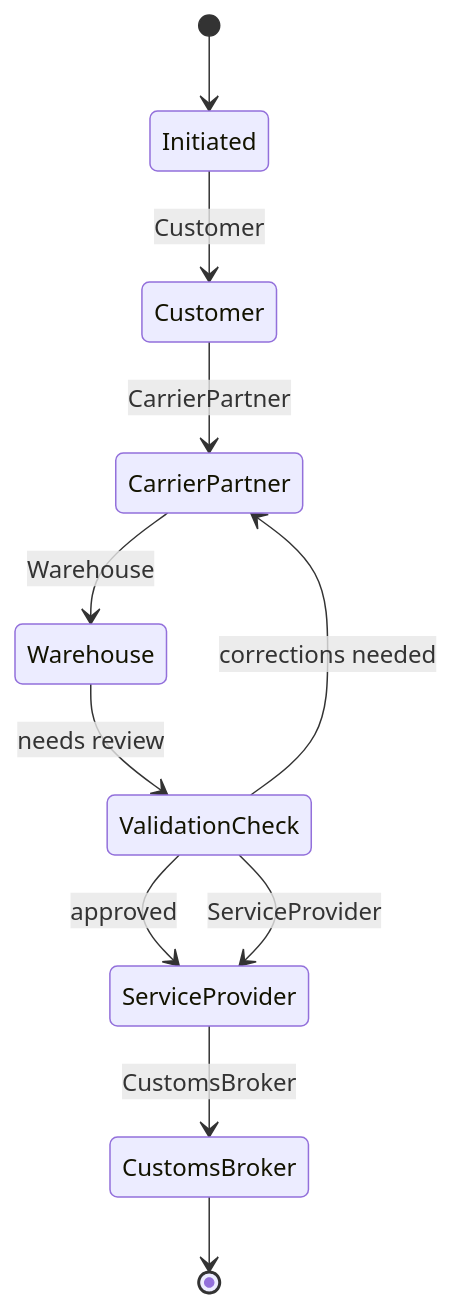
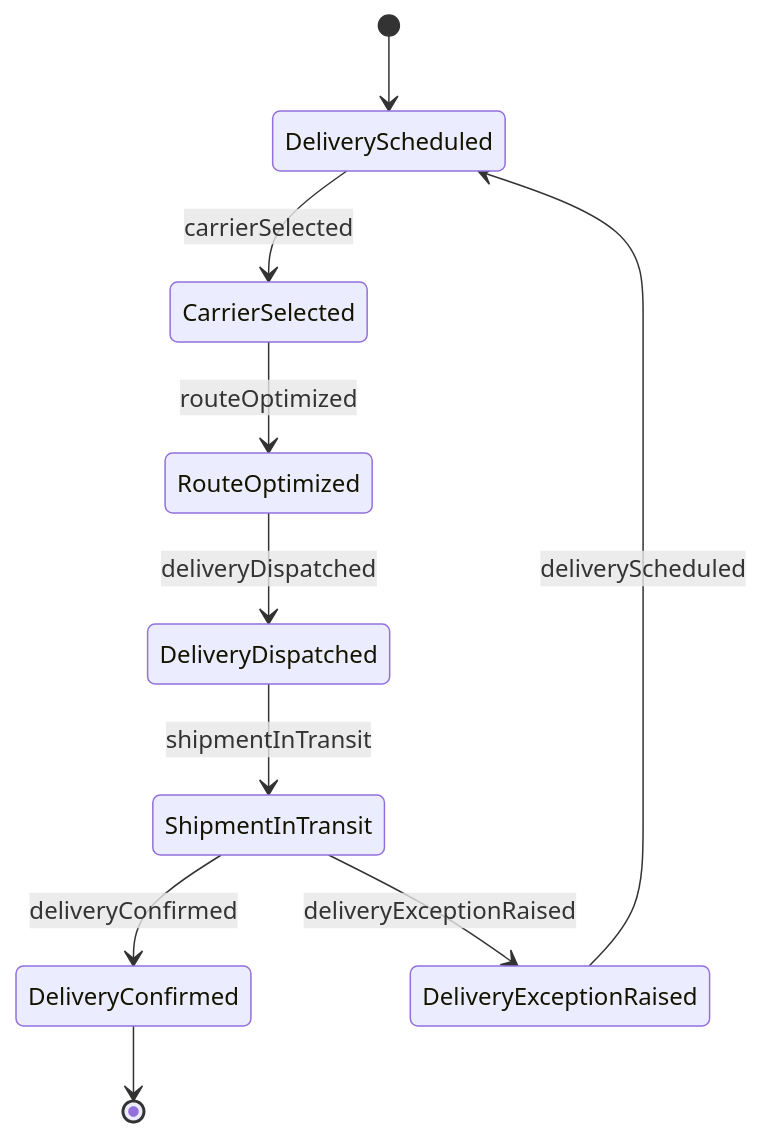
The second of 4 diagrams in GuidingDirectingAndMotivatingSubordinates/DirectOrganizationalOperationsActivitiesOrProcedures/ArrangeDeliveryGoodsServices.mdx (dot-org-ai/tasks.org.ai), drawn with Mermaid before and after one commit. The commit also changed other lines of this file and 515 other files, not shown here.

````diff
--- a/GuidingDirectingAndMotivatingSubordinates/DirectOrganizationalOperationsActivitiesOrProcedures/ArrangeDeliveryGoodsServices.mdx
+++ b/GuidingDirectingAndMotivatingSubordinates/DirectOrganizationalOperationsActivitiesOrProcedures/ArrangeDeliveryGoodsServices.mdx
@@ -101,13 +103,12 @@
 ```mermaid
 stateDiagram-v2
-    [*] --> Initiated
-    Initiated --> Customer: Customer
-    Customer --> CarrierPartner: CarrierPartner
-    CarrierPartner --> Warehouse: Warehouse
-    Warehouse --> ValidationCheck: needs review
-    ValidationCheck --> CarrierPartner: corrections needed
-    ValidationCheck --> ServiceProvider: approved
-    ValidationCheck --> ServiceProvider: ServiceProvider
-    ServiceProvider --> CustomsBroker: CustomsBroker
-    CustomsBroker --> [*]
+    [*] --> DeliveryScheduled
+    DeliveryScheduled --> CarrierSelected : carrierSelected
+    CarrierSelected --> RouteOptimized : routeOptimized
+    RouteOptimized --> DeliveryDispatched : deliveryDispatched
+    DeliveryDispatched --> ShipmentInTransit : shipmentInTransit
+    ShipmentInTransit --> DeliveryConfirmed : deliveryConfirmed
+    ShipmentInTransit --> DeliveryExceptionRaised : deliveryExceptionRaised
+    DeliveryExceptionRaised --> DeliveryScheduled : deliveryScheduled
+    DeliveryConfirmed --> [*]
 ```
````
